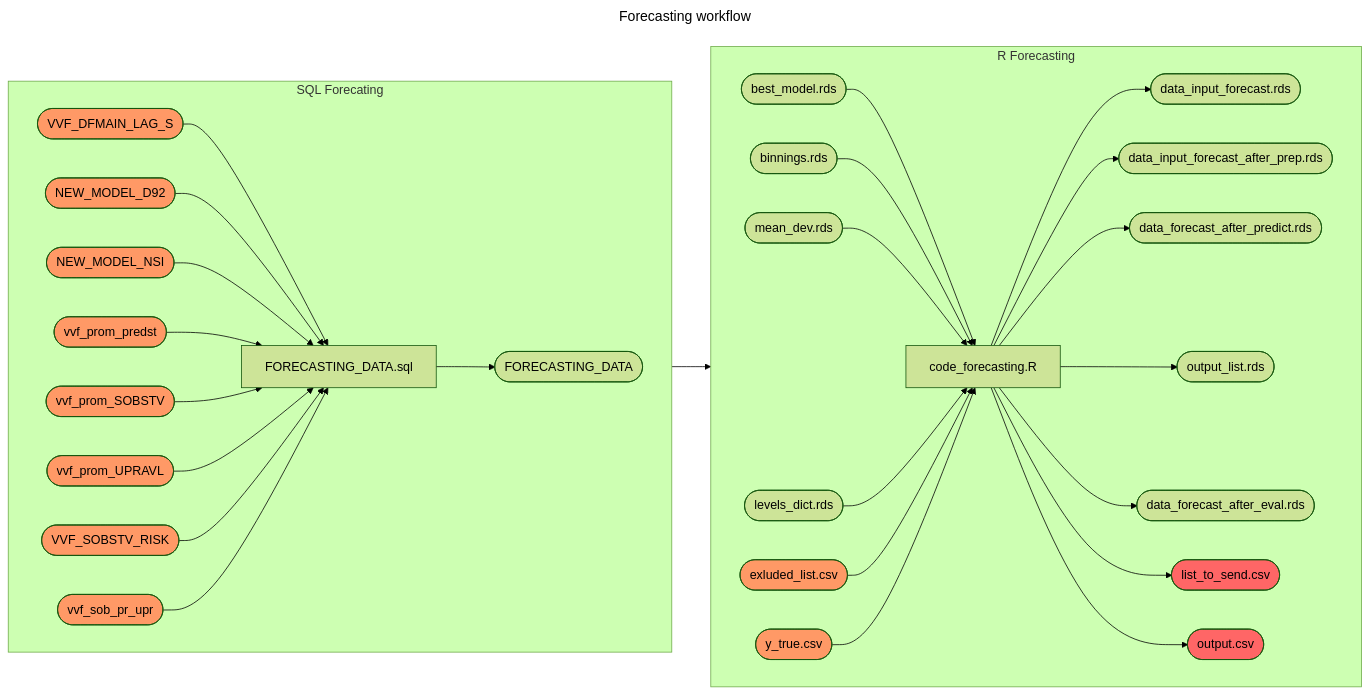
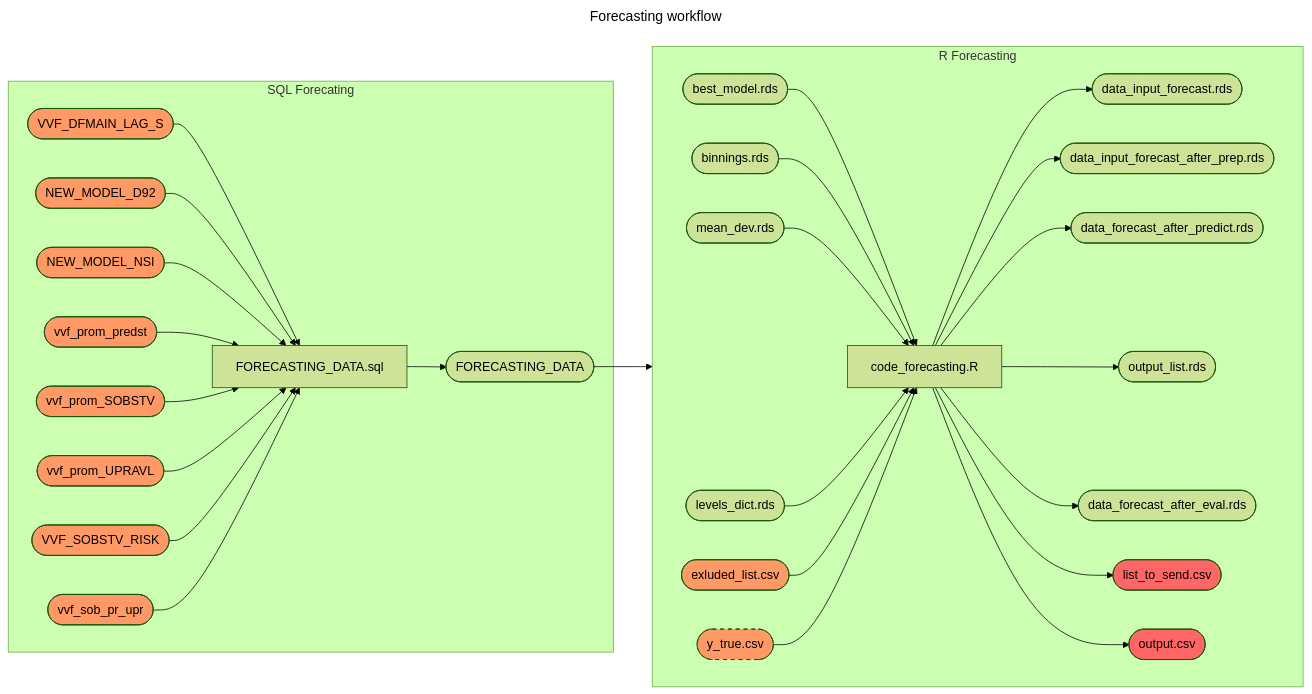
The third of 3 diagrams in user-manual.md (angel-marchev/case-cold-start-modeling), drawn with Mermaid (forest theme) before and after one commit. The commit also changed other lines of this file, not shown here.

````diff
--- a/user-manual.md
+++ b/user-manual.md
@@ -66,49 +79,48 @@
 ```mermaid
 ---
 title: Forecasting workflow
 ---
 flowchart LR;
   subgraph sql_forecasting["SQL Forecating"]
-    direction LR
     input_data([VVF_DFMAIN_LAG_S])-->sql_forecast[FORECASTING_DATA.sql];
     dekl92([NEW_MODEL_D92])-->sql_forecast[FORECASTING_DATA.sql];
     gfo([NEW_MODEL_NSI])-->sql_forecast[FORECASTING_DATA.sql];
     flag_predst([vvf_prom_predst])-->sql_forecast[FORECASTING_DATA.sql];
     flag_sobst([vvf_prom_SOBSTV])-->sql_forecast[FORECASTING_DATA.sql];
     flag_uprav([vvf_prom_UPRAVL])-->sql_forecast[FORECASTING_DATA.sql];
     flag_sobst_risk([VVF_SOBSTV_RISK])-->sql_forecast[FORECASTING_DATA.sql];
     flag_promeni([vvf_sob_pr_upr])-->sql_forecast[FORECASTING_DATA.sql];
     sql_forecast[FORECASTING_DATA.sql]-->forecasting_table([FORECASTING_DATA]);
     class input_data,dekl92,gfo,flag_predst,flag_sobst,flag_uprav,flag_sobst_risk,flag_promeni ToBePrapared;
     classDef ToBePrapared fill:#f96;  
    
   end
 subgraph R_forecasting["R Forecasting"]
     direction LR
     forecasting_table([FORECASTING_DATA])-->r_forecast[code_forecasting.R];
     r_forecast[code_forecasting.R]-->output9([data_input_forecast.rds]);
     r_forecast[code_forecasting.R]-->output10([data_input_forecast_after_prep.rds]);
     r_forecast[code_forecasting.R]-->output11([data_forecast_after_predict.rds]);
     r_forecast[code_forecasting.R]-->output12([output_list.rds]);
     r_forecast[code_forecasting.R]-->output13([data_forecast_after_eval.rds]);
     best_model([best_model.rds])-->r_forecast[code_forecasting.R];
     binnings([binnings.rds])-->r_forecast[code_forecasting.R];
     mean_dev([mean_dev.rds])-->r_forecast[code_forecasting.R];
     levels_dict([levels_dict.rds])-->r_forecast[code_forecasting.R];
     excl_list([exluded_list.csv])-->r_forecast[code_forecasting.R];
     r_forecast[code_forecasting.R]-->output_list([list_to_send.csv]);
     r_forecast[code_forecasting.R]-->explained_list([output.csv]);
     field_test([y_true.csv])-->r_forecast[code_forecasting.R];
-    style field_test fill:#f96; 
+    style field_test fill:#f96,stroke-dasharray: 5 5; 
 
     class var_list,legal_form,zreg_reason,zdreg_reason,kid_2008,sect,taxofficeno,fn_list,user_input_model,excl_list ToBePrapared;
     classDef ToBePrapared fill:#f96;
 
     class output_list,explained_list ToBeUsed;
     classDef ToBeUsed fill:#f66;
 end
       
   
 
 
 ```
````
